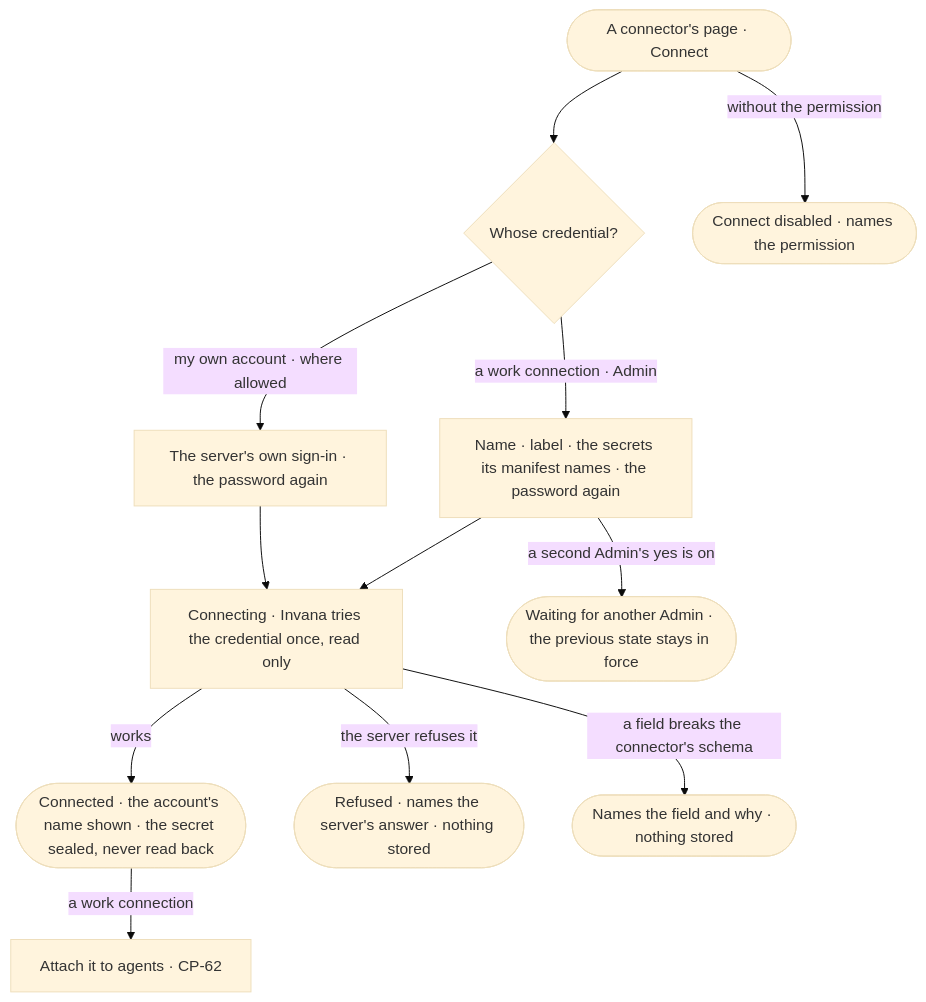
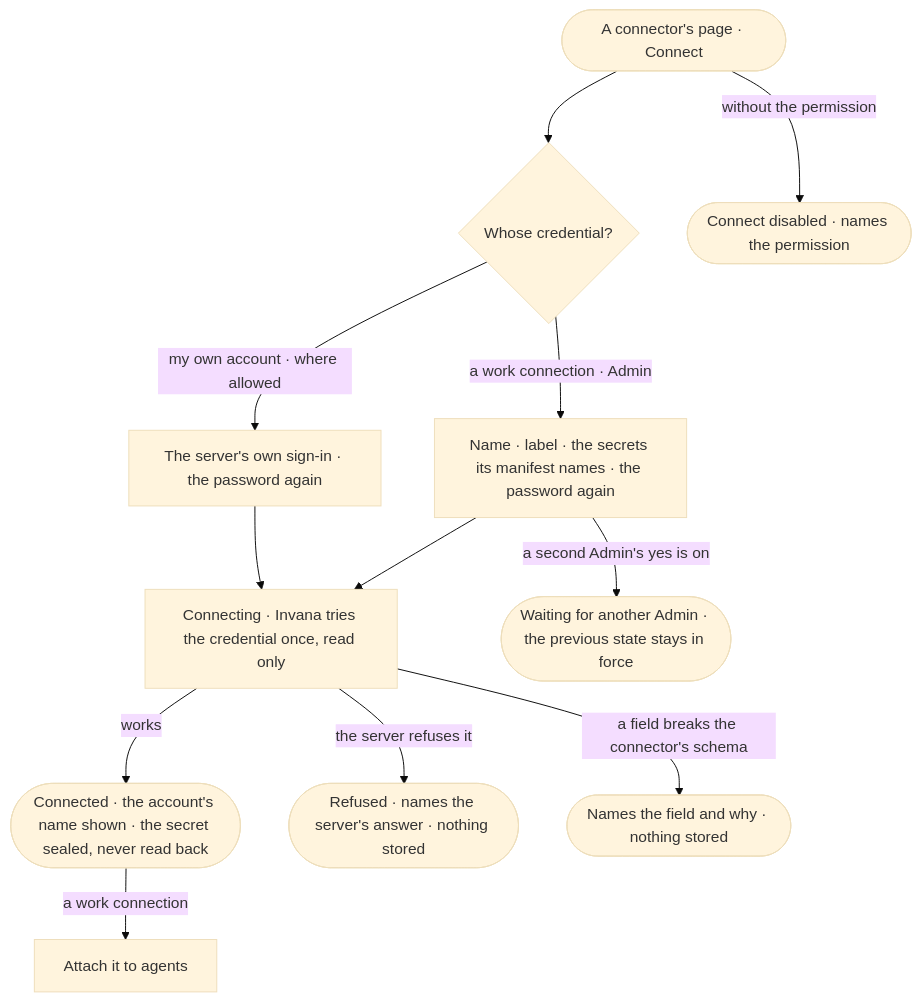
The diagram in specs/os/control/features/CP-F02-plugins-and-outside-tools/stories/CP-80-add-a-credential-to-a-connector-and-connect-it/story.md (invana/invana), drawn with Mermaid (base theme) before and after one commit. The commit also changed other lines of this file and 156 other files, not shown here.

Commit message:
wip(platform-design-3): P02 · steps 1-4 — section 4, E2E sweep, merges, flow boards, journeys

````diff
--- a/specs/os/control/features/CP-F02-plugins-and-outside-tools/stories/CP-80-add-a-credential-to-a-connector-and-connect-it/story.md
+++ b/specs/os/control/features/CP-F02-plugins-and-outside-tools/stories/CP-80-add-a-credential-to-a-connector-and-connect-it/story.md
@@ -28,14 +28,14 @@
 ```mermaid
 flowchart TD
   d([A connector's page · Connect]) --> k{"Whose credential?"}
   k -->|a work connection · Admin| wf["Name · label · the secrets its manifest names · the password again"]
   k -->|my own account · where allowed| pf["The server's own sign-in · the password again"]
   wf --> t["Connecting · Invana tries the credential once, read only"]
   pf --> t
   t -->|works| ok(["Connected · the account's name shown · the secret sealed, never read back"])
   t -->|the server refuses it| rf(["Refused · names the server's answer · nothing stored"])
   t -->|a field breaks the connector's schema| ff(["Names the field and why · nothing stored"])
-  ok -->|a work connection| at["Attach it to agents · CP-62"]
+  ok -->|a work connection| at["Attach it to agents"]
   wf -->|a second Admin's yes is on| aw(["Waiting for another Admin · the previous state stays in force"])
   d -->|without the permission| na(["Connect disabled · names the permission"])
 ```
````
